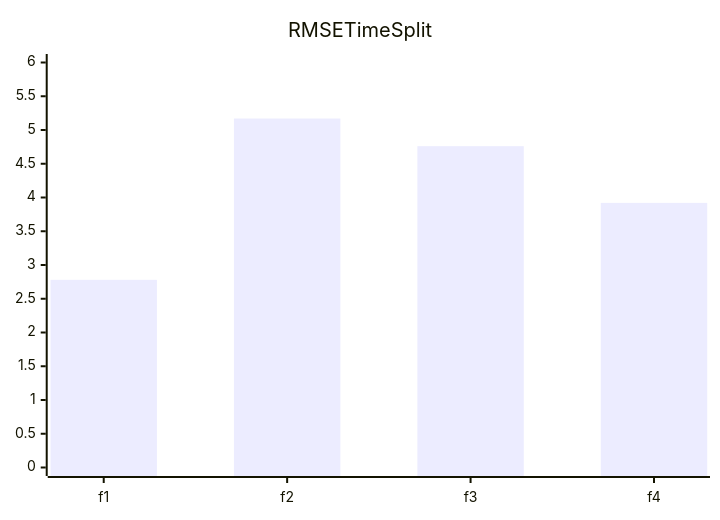
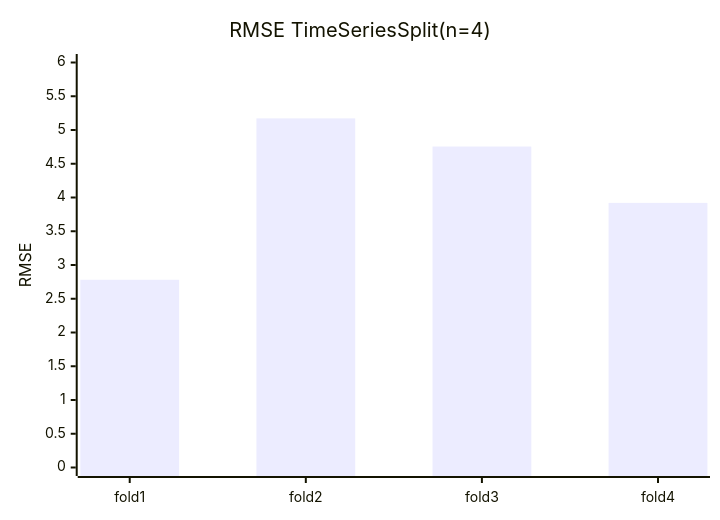
The second of 6 diagrams in experiments/soda-ml-nir_targetB_v6/README.md (Misha-42/soda-ml-carbonation-control), drawn with Mermaid before and after one commit. The commit also changed other lines of this file, not shown here.

````diff
--- a/experiments/soda-ml-nir_targetB_v6/README.md
+++ b/experiments/soda-ml-nir_targetB_v6/README.md
@@ -114,7 +60,7 @@
 ```mermaid
-xychart-beta
-    title RMSE TimeSplit
-    x-axis [f1, f2, f3, f4]
-    y-axis 0 --> 6
-    bar [2.78, 5.17, 4.76, 3.92]
+    xychart-beta
+        title "RMSE TimeSeriesSplit(n=4)"
+        x-axis [fold1, fold2, fold3, fold4]
+        y-axis "RMSE" 0 --> 6
+        bar [2.781, 5.172, 4.755, 3.920]
 ```
````
